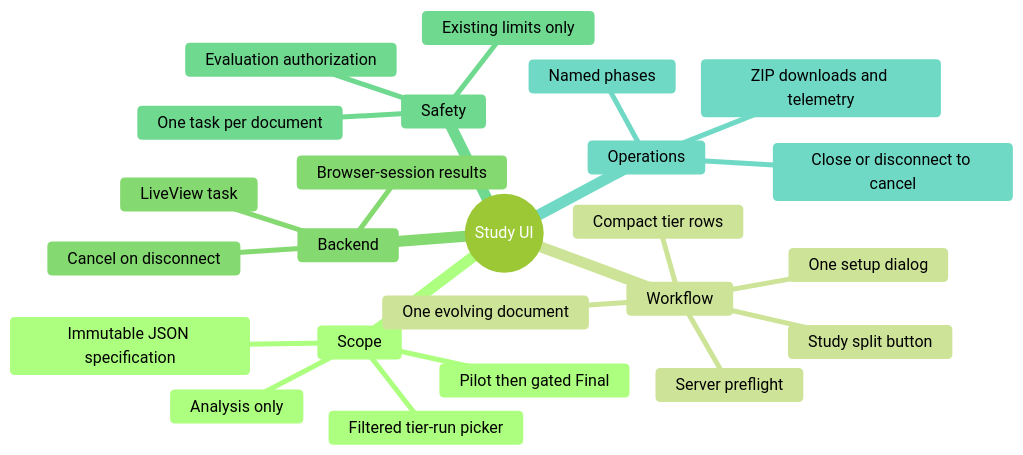
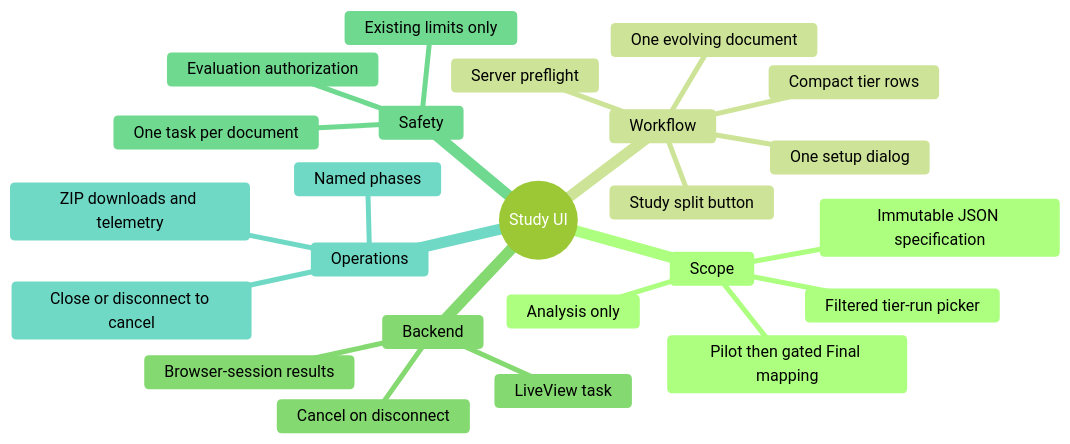
The second of 2 diagrams in planning/grilling-study-ui.md (michalo1334/master_thesis), drawn with Mermaid (forest theme) before and after one commit. The commit also changed other lines of this file and 117 other files, not shown here.

````diff
--- a/planning/grilling-study-ui.md
+++ b/planning/grilling-study-ui.md
@@ -17,27 +18,27 @@
 ```mermaid
 mindmap
   root((Study UI))
     Scope
       Analysis only
       Immutable JSON specification
       Filtered tier-run picker
-      Pilot then gated Final
+      Pilot then gated Final mapping
     Workflow
       Study split button
       One setup dialog
       Compact tier rows
       Server preflight
       One evolving document
     Backend
       LiveView task
       Browser-session results
       Cancel on disconnect
     Safety
       Evaluation authorization
       One task per document
       Existing limits only
     Operations
       Named phases
       Close or disconnect to cancel
       ZIP downloads and telemetry
 ```
````
